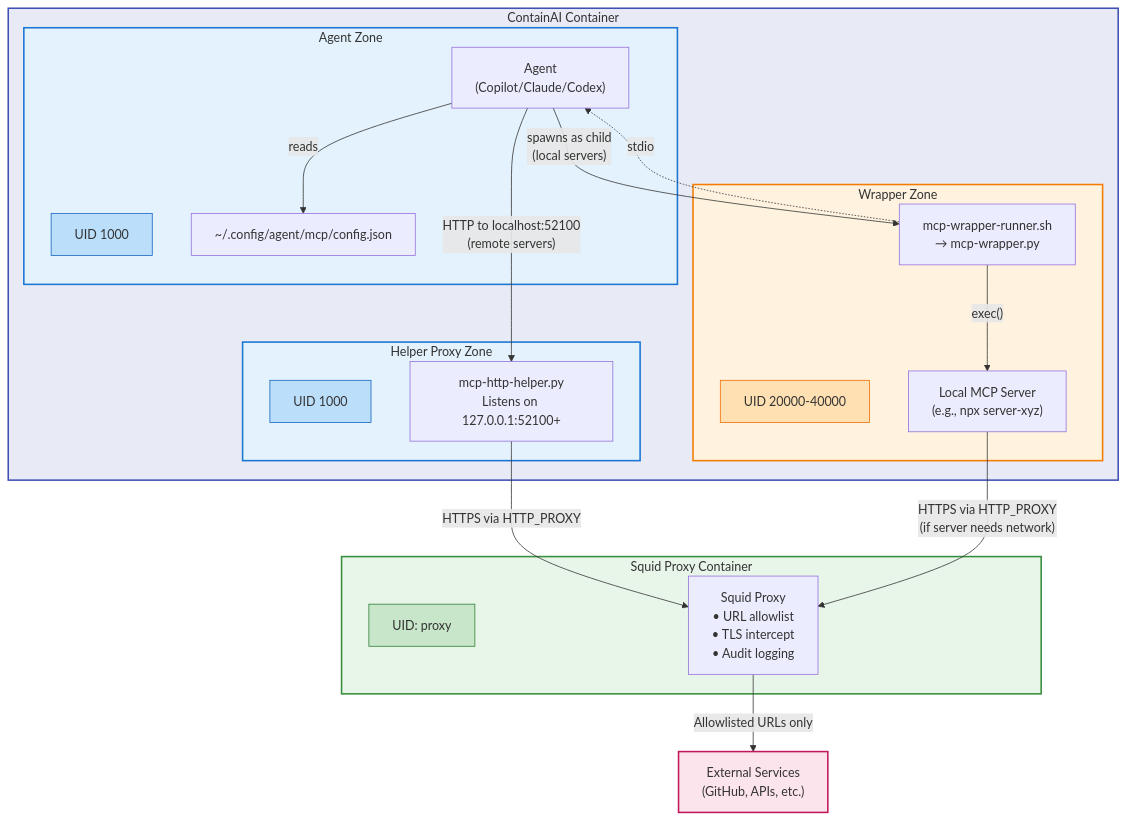
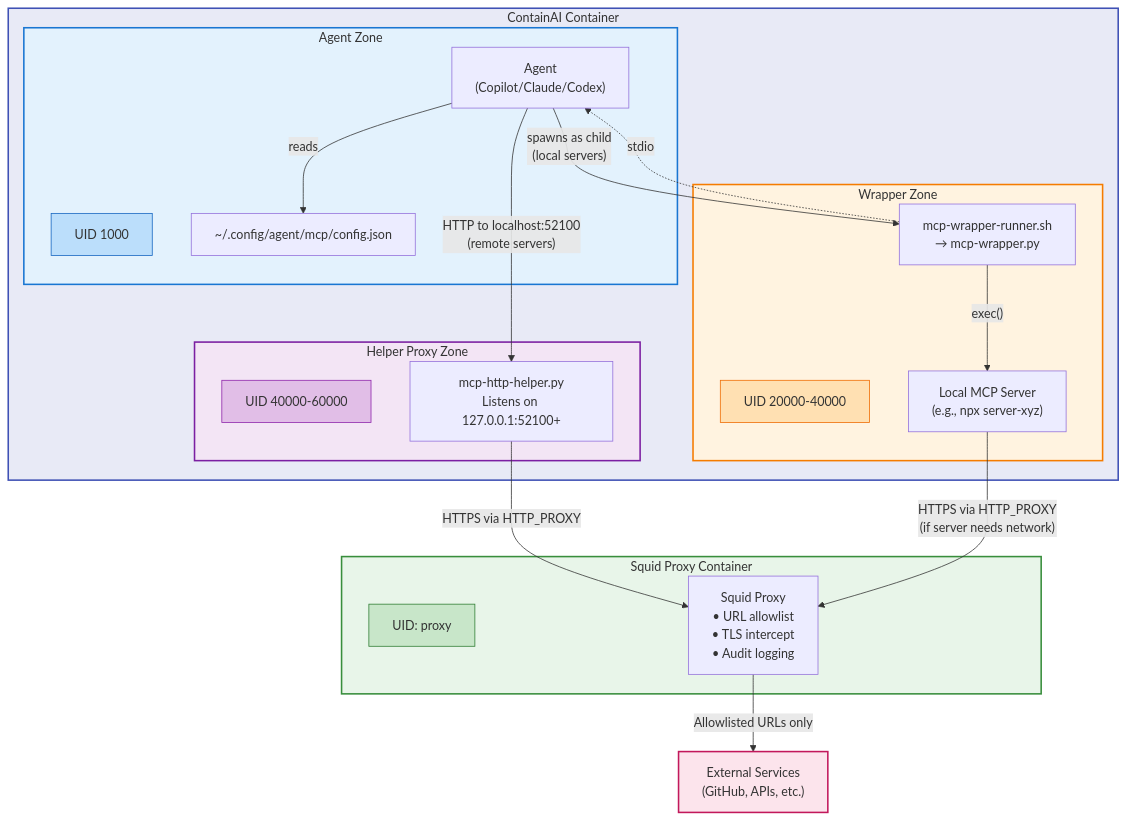
Before and after one commit to novotnyllc/ContainAI: the first of 10 diagrams in docs/development/mcp-proxy-architecture.md, drawn with Mermaid. The commit also changed other lines of this file and 2 other files, not shown here.

Commit message:
refactor: enhance MCP helper and wrapper UID isolation with comprehensive tests

````diff
--- a/docs/development/mcp-proxy-architecture.md
+++ b/docs/development/mcp-proxy-architecture.md
@@ -30,51 +30,51 @@
 ```mermaid
 flowchart TB
     subgraph container["ContainAI Container"]
         subgraph agent_zone["Agent Zone"]
             agent_uid["UID 1000"]
             agent["Agent<br/>(Copilot/Claude/Codex)"]
             config["~/.config/agent/mcp/config.json"]
         end
         
         subgraph helper_zone["Helper Proxy Zone"]
-            helper_uid["UID 1000"]
+            helper_uid["UID 40000-60000"]
             helper["mcp-http-helper.py<br/>Listens on 127.0.0.1:52100+"]
         end
         
         subgraph wrapper_zone["Wrapper Zone"]
             wrapper_uid["UID 20000-40000"]
             wrapper["mcp-wrapper-runner.sh<br/>→ mcp-wrapper.py"]
             mcp_local["Local MCP Server<br/>(e.g., npx server-xyz)"]
         end
     end
     
     subgraph proxy_container["Squid Proxy Container"]
         proxy_uid["UID: proxy"]
         squid["Squid Proxy<br/>• URL allowlist<br/>• TLS intercept<br/>• Audit logging"]
     end
     
     external["External Services<br/>(GitHub, APIs, etc.)"]
     
     agent -->|"reads"| config
     agent -->|"HTTP to localhost:52100<br/>(remote servers)"| helper
     agent -->|"spawns as child<br/>(local servers)"| wrapper
     
     helper -->|"HTTPS via HTTP_PROXY"| squid
     wrapper -->|"exec()"| mcp_local
     mcp_local -->|"HTTPS via HTTP_PROXY<br/>(if server needs network)"| squid
     
     squid -->|"Allowlisted URLs only"| external
     
     wrapper -.->|"stdio"| agent
     
     style container fill:#e8eaf6,stroke:#3f51b5,stroke-width:2px
     style agent_zone fill:#e3f2fd,stroke:#1976d2,stroke-width:2px
-    style helper_zone fill:#e3f2fd,stroke:#1976d2,stroke-width:2px
+    style helper_zone fill:#f3e5f5,stroke:#7b1fa2,stroke-width:2px
     style wrapper_zone fill:#fff3e0,stroke:#f57c00,stroke-width:2px
     style proxy_container fill:#e8f5e9,stroke:#388e3c,stroke-width:2px
     style external fill:#fce4ec,stroke:#c2185b,stroke-width:2px
     style agent_uid fill:#bbdefb,stroke:#1565c0,stroke-width:1px
-    style helper_uid fill:#bbdefb,stroke:#1565c0,stroke-width:1px
+    style helper_uid fill:#e1bee7,stroke:#8e24aa,stroke-width:1px
     style wrapper_uid fill:#ffe0b2,stroke:#ef6c00,stroke-width:1px
     style proxy_uid fill:#c8e6c9,stroke:#2e7d32,stroke-width:1px
 ```
````
